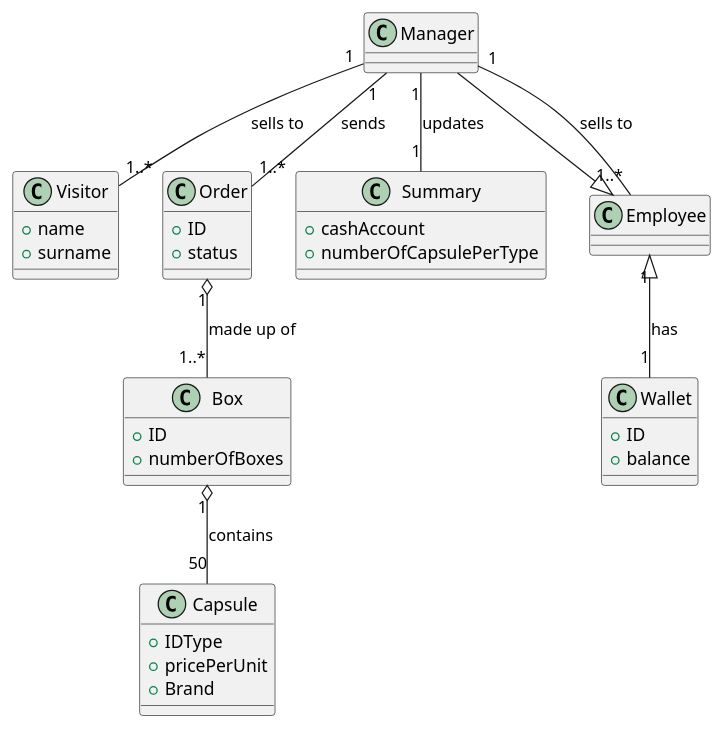
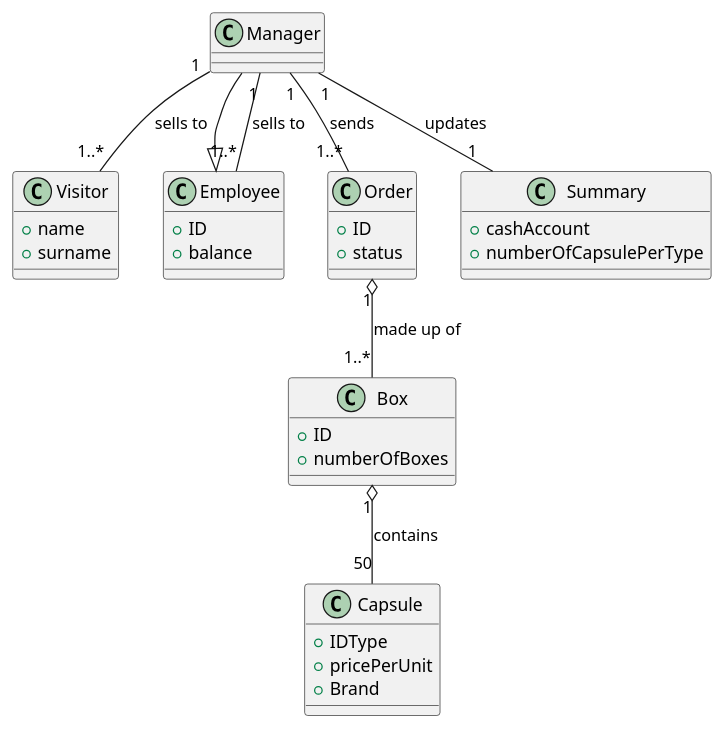
Before and after one commit to DarkSee/LaTazza: the third of 4 diagrams in templates/RequirementsTemplate.md, drawn with PlantUML.

Commit message:
Issue #7 "Wallet in glossary" solved

````diff
--- a/templates/RequirementsTemplate.md
+++ b/templates/RequirementsTemplate.md
@@ -381,44 +381,42 @@
 ```plantuml
 class Manager {
 }
 
 class Visitor {
   +name
   +surname
 }
 
+class Employee {
+  +ID
+  +balance
+}
 class Capsule {
   +IDType
   +pricePerUnit
   +Brand
 }
 
 class Box {
   +ID
   +numberOfBoxes
 }
 
 class Order{
   +ID
   +status
 }
 
-class Wallet {
-  +ID
-  +balance
-}
-
 class Summary {
    +cashAccount
    +numberOfCapsulePerType
 }
 
 Manager --|> Employee
 Box "1" o-- "50" Capsule : contains
 Order "1" o-- "1..*" Box : made up of
 Manager "1" -- "1..*" Order : sends
-Employee "1" <|-- "1" Wallet : has
 Manager "1" -- "1..*" Visitor : sells to
 Manager "1" -- "1..*" Employee : sells to
 Manager "1" -- "1" Summary : updates
 ```
````
